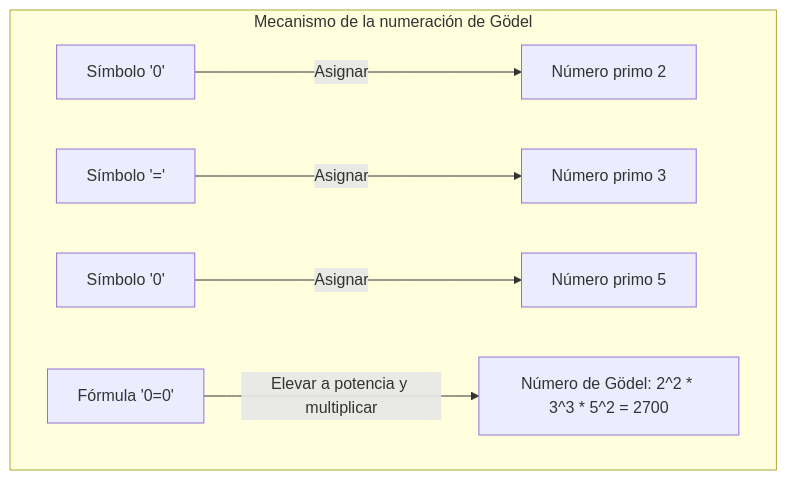
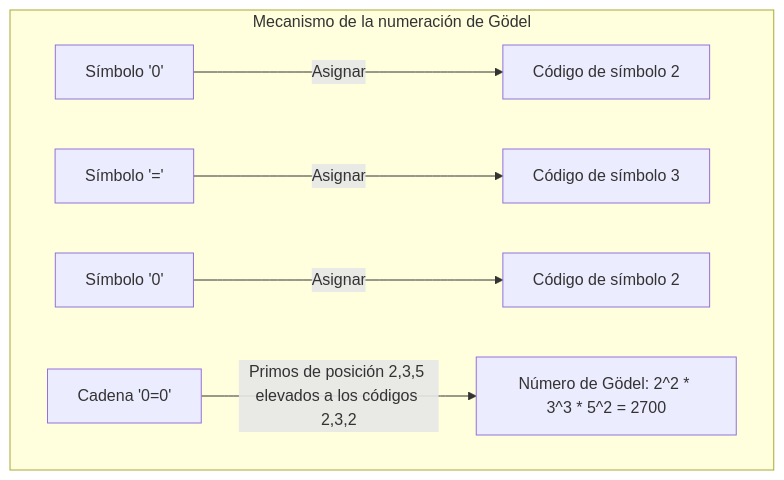
One commit to kenjinote/blog changed the third of 4 diagrams in content/post/godels-incompleteness-theorems/index.es.md. Above: the diagram before and after it, drawn with Mermaid. The commit also changed other lines of this file and 11 other files, not shown here.

````diff
--- a/content/post/godels-incompleteness-theorems/index.es.md
+++ b/content/post/godels-incompleteness-theorems/index.es.md
@@ -97,9 +93,9 @@
 ```mermaid
 graph TD
     subgraph "Mecanismo de la numeración de Gödel"
-        S1["Símbolo '0'"] -->|"Asignar"| N1["Número primo 2"]
-        S2["Símbolo '='"] -->|"Asignar"| N2["Número primo 3"]
-        S3["Símbolo '0'"] -->|"Asignar"| N3["Número primo 5"]
-        F["Fórmula '0=0'"] -->|"Elevar a potencia y multiplicar"| GN["Número de Gödel: 2^2 * 3^3 * 5^2 = 2700"]
+        S1["Símbolo '0'"] -->|"Asignar"| N1["Código de símbolo 2"]
+        S2["Símbolo '='"] -->|"Asignar"| N2["Código de símbolo 3"]
+        S3["Símbolo '0'"] -->|"Asignar"| N3["Código de símbolo 2"]
+        F["Cadena '0=0'"] -->|"Primos de posición 2,3,5 elevados a los códigos 2,3,2"| GN["Número de Gödel: 2^2 * 3^3 * 5^2 = 2700"]
     end
 ```
````
